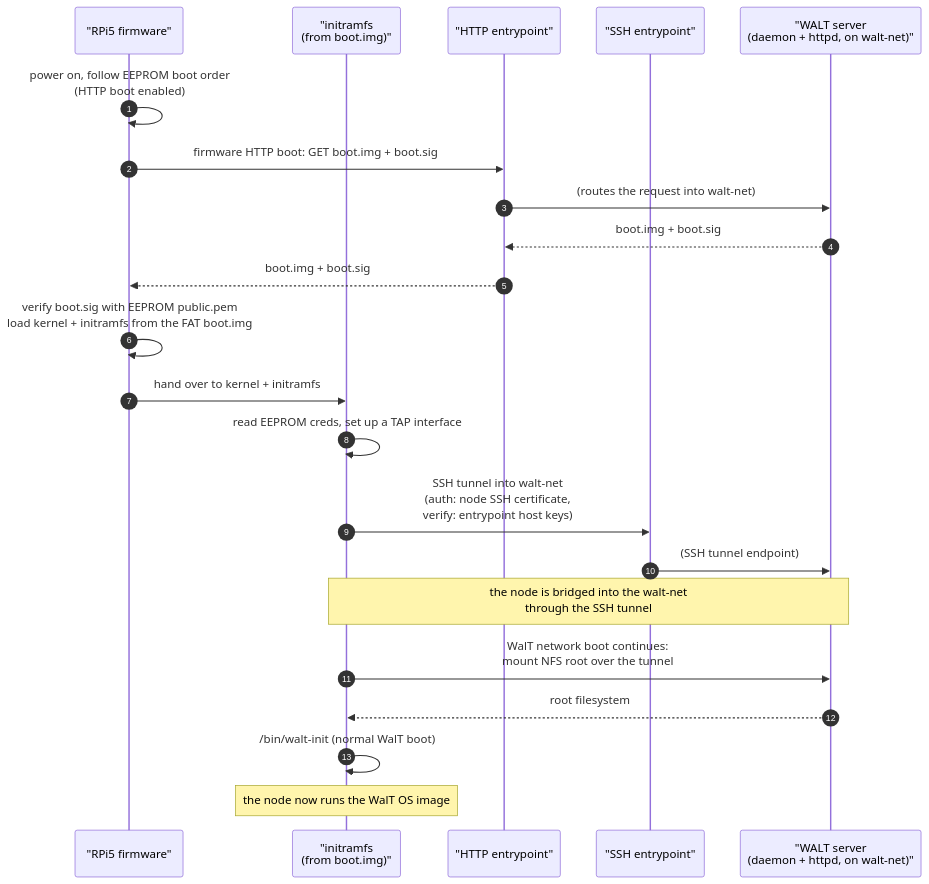
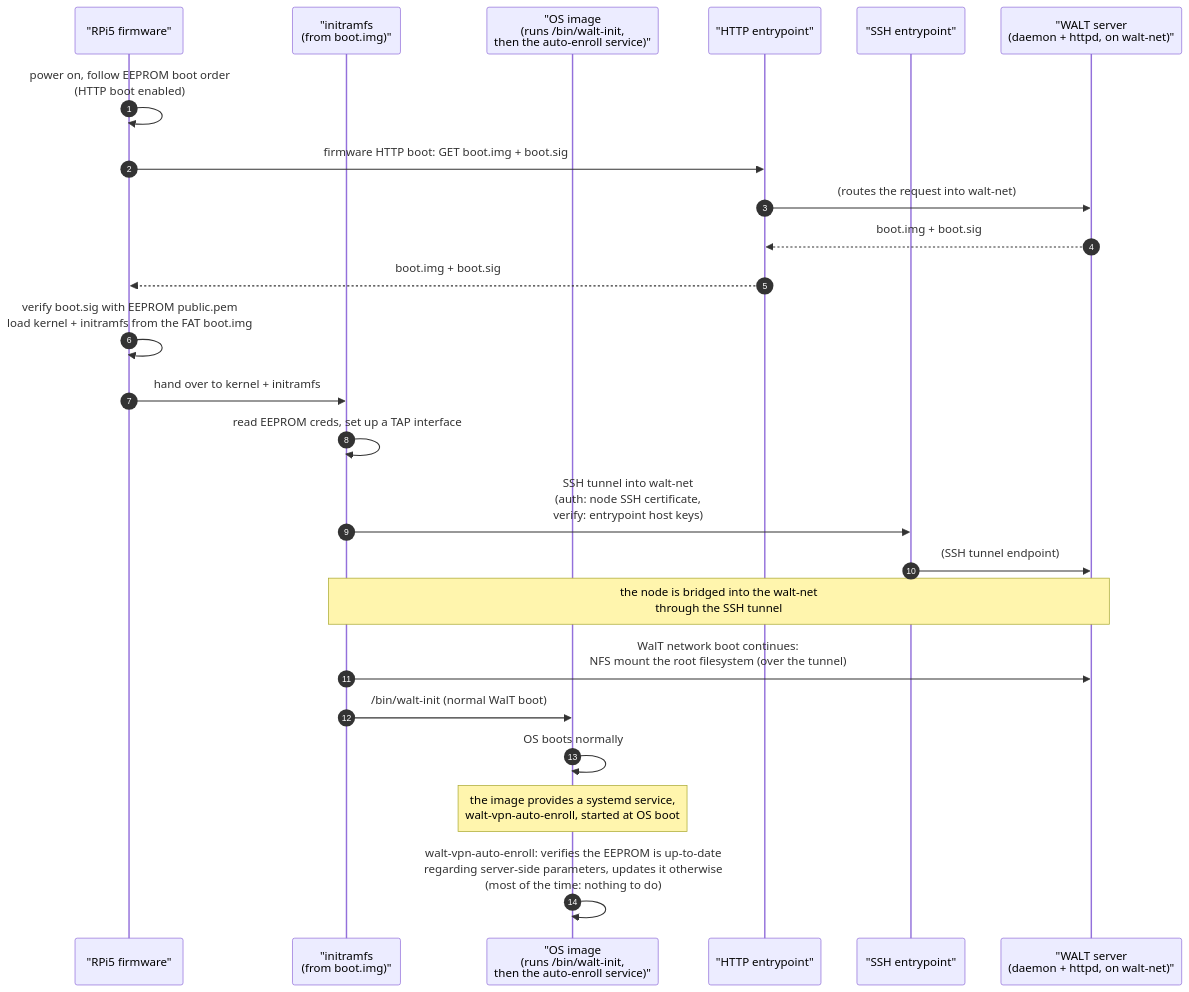
Before and after one commit to drakkar-lig/walt-python-packages: the fourth of 4 diagrams in vpn-boot-diagrams.md, drawn with Mermaid. The commit also changed other lines of this file, not shown here.

Commit message:
wip4 -- vpn-boot-diagrams.md

````diff
--- a/vpn-boot-diagrams.md
+++ b/vpn-boot-diagrams.md
@@ -165,25 +165,28 @@
 ```mermaid
 sequenceDiagram
     autonumber
     participant R as "RPi5 firmware"
     participant IM as "initramfs<br/>(from boot.img)"
+    participant OS as "OS image<br/>(runs /bin/walt-init,<br/>then the auto-enroll service)"
     participant EPHTTP as "HTTP entrypoint"
     participant EPSSH as "SSH entrypoint"
     participant S as "WALT server<br/>(daemon + httpd, on walt-net)"
 
     R->>R: power on, follow EEPROM boot order<br/>(HTTP boot enabled)
     R->>EPHTTP: firmware HTTP boot: GET boot.img + boot.sig
     EPHTTP->>S: (routes the request into walt-net)
     S-->>EPHTTP: boot.img + boot.sig
     EPHTTP-->>R: boot.img + boot.sig
     R->>R: verify boot.sig with EEPROM public.pem<br/>load kernel + initramfs from the FAT boot.img
     R->>IM: hand over to kernel + initramfs
     IM->>IM: read EEPROM creds, set up a TAP interface
     IM->>EPSSH: SSH tunnel into walt-net<br/>(auth: node SSH certificate,<br/>verify: entrypoint host keys)
     EPSSH->>S: (SSH tunnel endpoint)
     Note over IM,S: the node is bridged into the walt-net<br/>through the SSH tunnel
-    IM->>S: WalT network boot continues:<br/>mount NFS root over the tunnel
-    S-->>IM: root filesystem
-    IM->>IM: /bin/walt-init (normal WalT boot)
-    Note over IM: the node now runs the WalT OS image
+    IM->>S: WalT network boot continues:<br/>NFS mount the root filesystem (over the tunnel)
+    IM->>OS: /bin/walt-init (normal WalT boot)
+    OS->>OS: OS boots normally
+
+    Note over OS: the image provides a systemd service,<br/>walt-vpn-auto-enroll, started at OS boot
+    OS->>OS: walt-vpn-auto-enroll: verifies the EEPROM is up-to-date<br/>regarding server-side parameters, updates it otherwise<br/>(most of the time: nothing to do)
 ```
````
